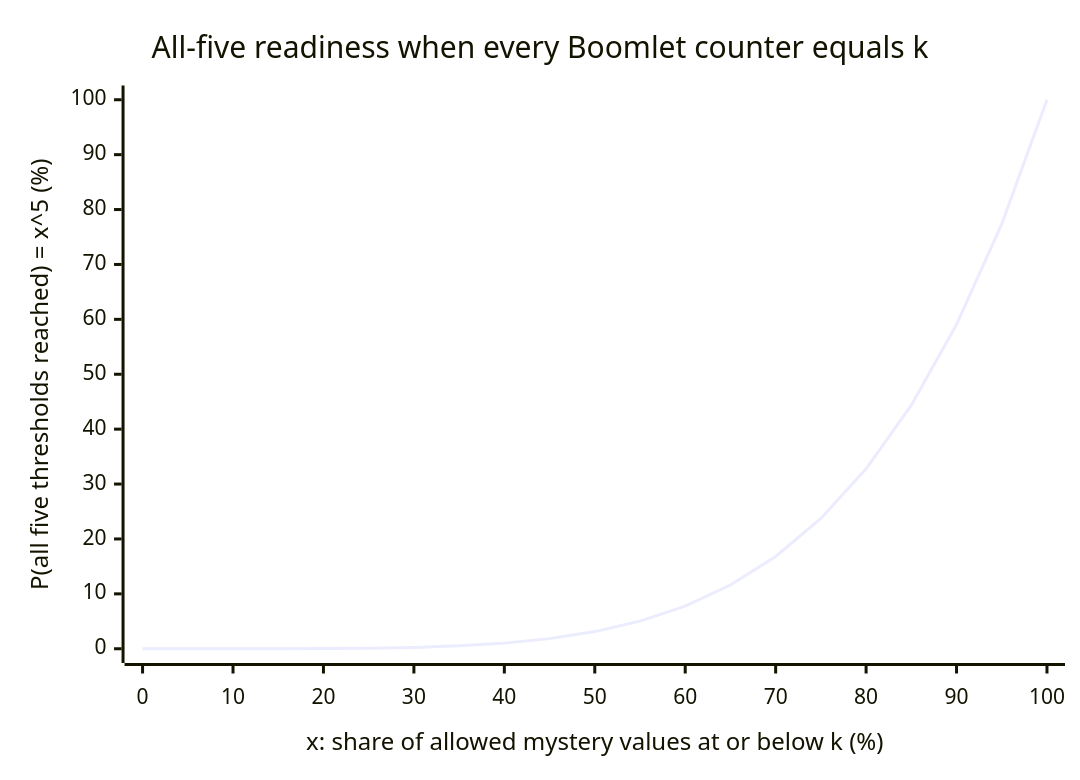
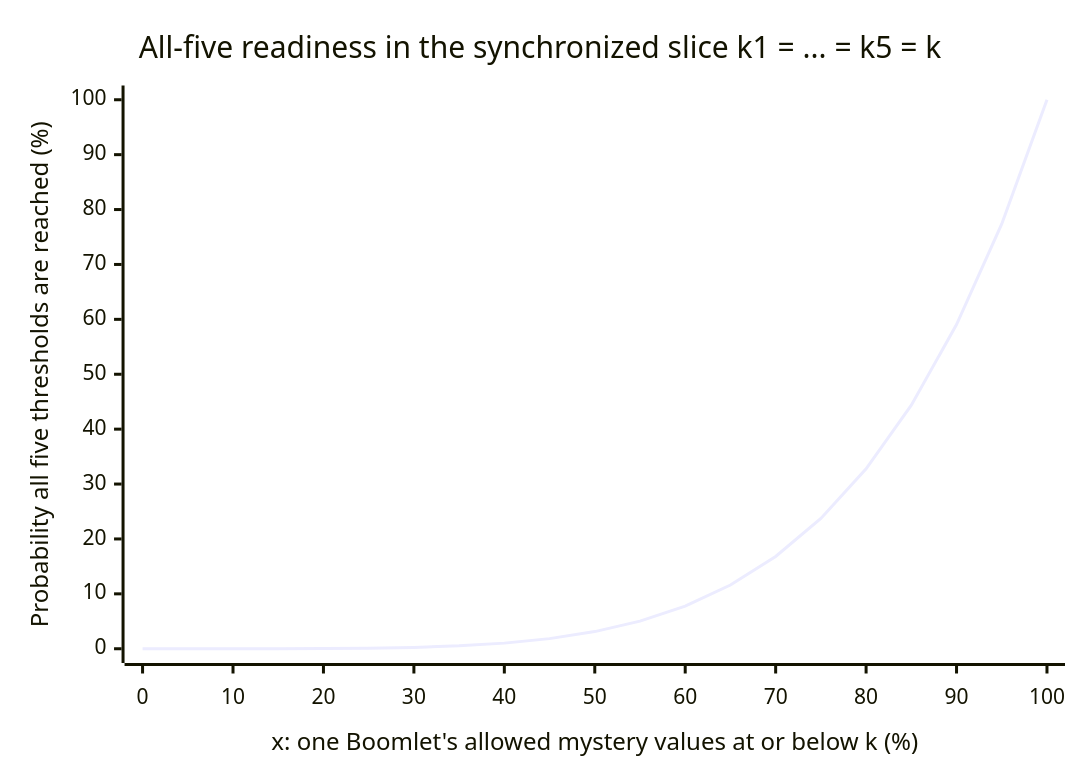
One commit to cogwheel26/boomerang_design changed the fourth of 6 diagrams in README.md. Above: the diagram before and after it, drawn with Mermaid. The commit also changed other lines of this file and 2 other files, not shown here.

````diff
--- a/README.md
+++ b/README.md
@@ -228,7 +395,7 @@
 ```mermaid
 xychart-beta
-    title "All-five readiness when every Boomlet counter equals k"
-    x-axis "x: share of allowed mystery values at or below k (%)" 0 --> 100
-    y-axis "P(all five thresholds reached) = x^5 (%)" 0 --> 100
+    title "All-five readiness in the synchronized slice k1 = ... = k5 = k"
+    x-axis "x: one Boomlet's allowed mystery values at or below k (%)" 0 --> 100
+    y-axis "Probability all five thresholds are reached (%)" 0 --> 100
     line [0, 0.00003, 0.001, 0.0076, 0.032, 0.0977, 0.243, 0.5252, 1.024, 1.8453, 3.125, 5.0328, 7.776, 11.6029, 16.807, 23.7305, 32.768, 44.3705, 59.049, 77.3781, 100]
 ```
````
